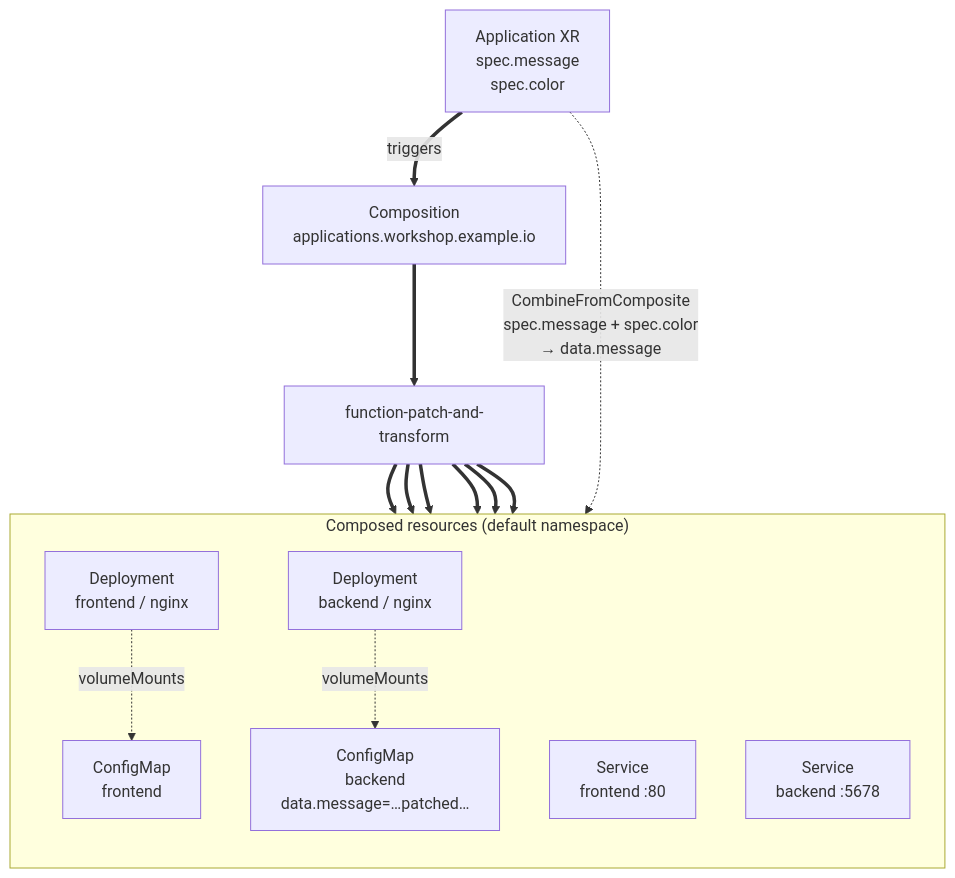
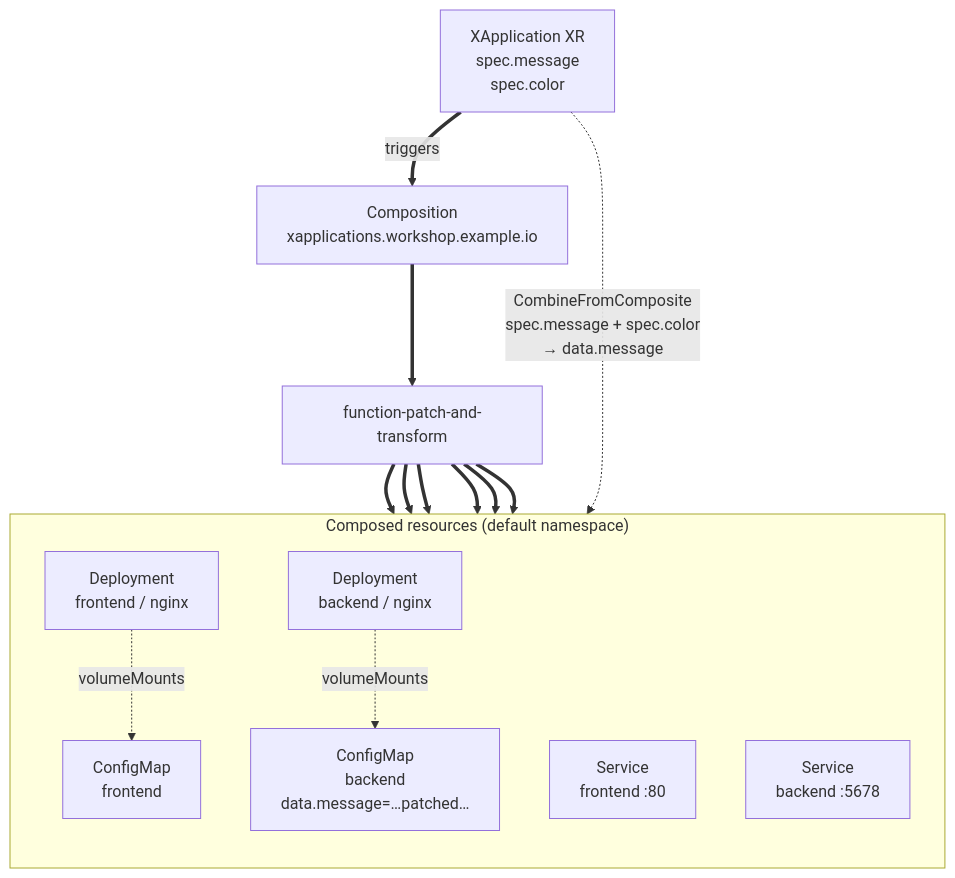
One commit to ricCap/crossplane-workshop changed the diagram in docs/docs/04-crossplane-101/03-define-application.mdx. Above: the diagram before and after it, drawn with Mermaid. The commit also changed other lines of this file and 15 other files, not shown here.

````diff
--- a/docs/docs/04-crossplane-101/03-define-application.mdx
+++ b/docs/docs/04-crossplane-101/03-define-application.mdx
@@ -110,22 +110,22 @@
 ```mermaid
 flowchart TB
-  xr["Application XR<br/>spec.message<br/>spec.color"]
-  comp["Composition<br/>applications.workshop.example.io"]
+  xr["XApplication XR<br/>spec.message<br/>spec.color"]
+  comp["Composition<br/>xapplications.workshop.example.io"]
   fn["function-patch-and-transform"]
 
   subgraph composed["Composed resources (default namespace)"]
     direction TB
     fcm["ConfigMap<br/>frontend"]
     fd["Deployment<br/>frontend / nginx"]
     fs["Service<br/>frontend :80"]
     bcm["ConfigMap<br/>backend<br/>data.message=…patched…"]
     bd["Deployment<br/>backend / nginx"]
     bs["Service<br/>backend :5678"]
   end
 
   xr == "triggers" ==> comp ==> fn
   fn ==> fcm & fd & fs & bcm & bd & bs
   xr -. "CombineFromComposite<br/>spec.message + spec.color<br/>→ data.message" .-> bcm
   fd -. "volumeMounts" .-> fcm
   bd -. "volumeMounts" .-> bcm
 ```
````
